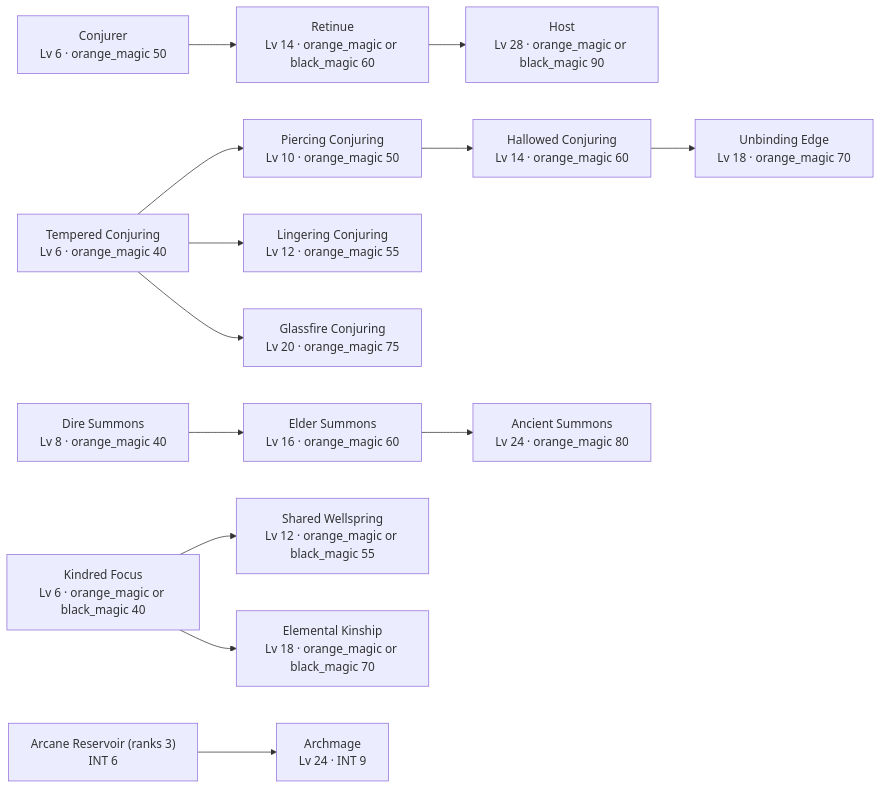
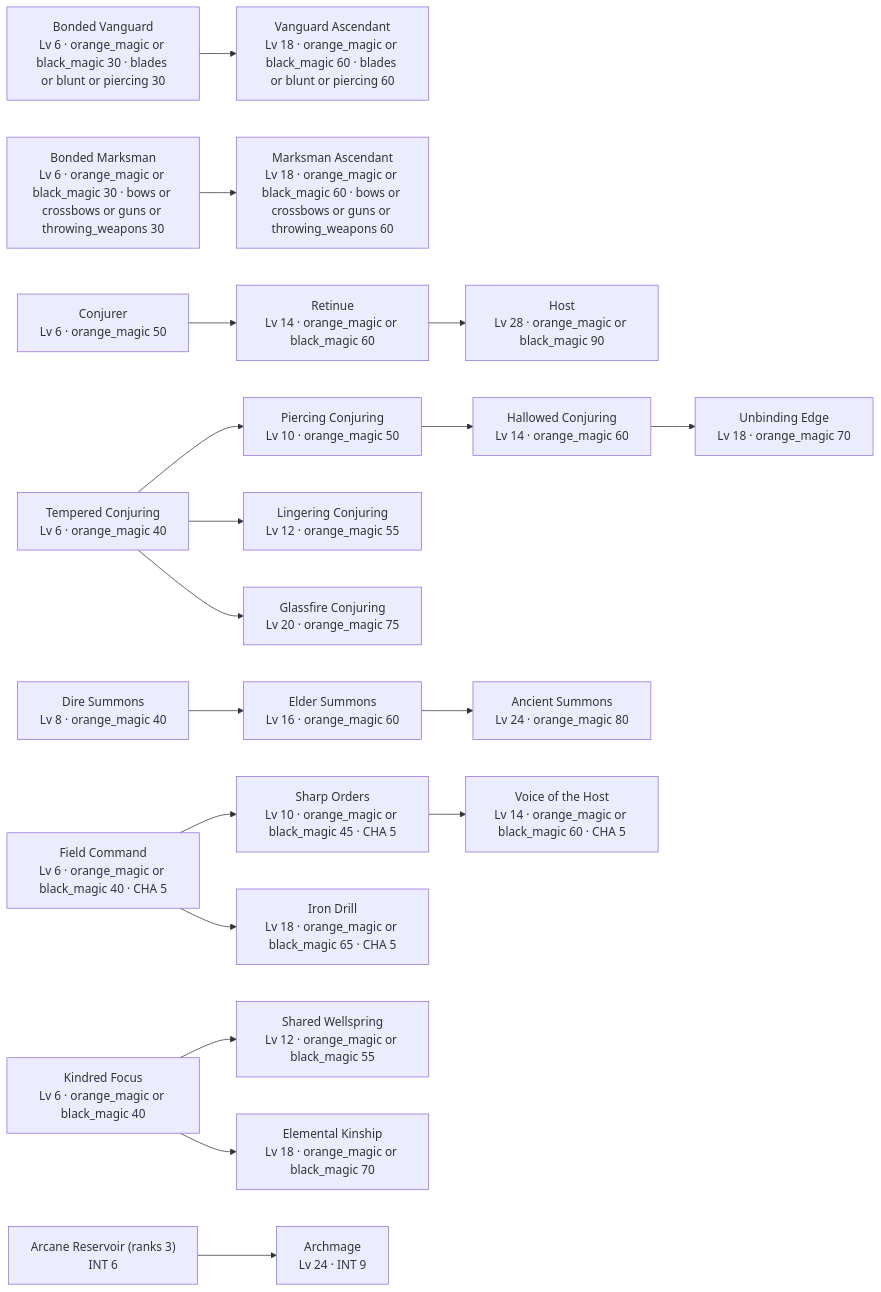
Before and after one commit to SETA1609/riftweave-core: the third of 5 diagrams in docs/core/perk-ladders.md, drawn with Mermaid. The commit also changed other lines of this file and 9 other files, not shown here.

````diff
--- a/docs/core/perk-ladders.md
+++ b/docs/core/perk-ladders.md
@@ -74,32 +74,45 @@
 ```mermaid
 graph LR
   arcane_reservoir["Arcane Reservoir (ranks 3)<br/>INT 6"]
   conjurer["Conjurer<br/>Lv 6 · orange_magic 50"]
   summon_retinue["Retinue<br/>Lv 14 · orange_magic or black_magic 60"]
+  bonded_vanguard["Bonded Vanguard<br/>Lv 6 · orange_magic or black_magic 30 · blades or blunt or piercing 30"]
+  bonded_marksman["Bonded Marksman<br/>Lv 6 · orange_magic or black_magic 30 · bows or crossbows or guns or throwing_weapons 30"]
+  vanguard_ascendant["Vanguard Ascendant<br/>Lv 18 · orange_magic or black_magic 60 · blades or blunt or piercing 60"]
+  marksman_ascendant["Marksman Ascendant<br/>Lv 18 · orange_magic or black_magic 60 · bows or crossbows or guns or throwing_weapons 60"]
   tempered_conjuring["Tempered Conjuring<br/>Lv 6 · orange_magic 40"]
   piercing_conjuring["Piercing Conjuring<br/>Lv 10 · orange_magic 50"]
   lingering_conjuring["Lingering Conjuring<br/>Lv 12 · orange_magic 55"]
   hallowed_conjuring["Hallowed Conjuring<br/>Lv 14 · orange_magic 60"]
   unbinding_edge["Unbinding Edge<br/>Lv 18 · orange_magic 70"]
   glassfire_conjuring["Glassfire Conjuring<br/>Lv 20 · orange_magic 75"]
   summon_host["Host<br/>Lv 28 · orange_magic or black_magic 90"]
   summon_dire["Dire Summons<br/>Lv 8 · orange_magic 40"]
   summon_elder["Elder Summons<br/>Lv 16 · orange_magic 60"]
   summon_ancient["Ancient Summons<br/>Lv 24 · orange_magic 80"]
+  field_command["Field Command<br/>Lv 6 · orange_magic or black_magic 40 · CHA 5"]
+  sharp_orders["Sharp Orders<br/>Lv 10 · orange_magic or black_magic 45 · CHA 5"]
+  voice_of_the_host["Voice of the Host<br/>Lv 14 · orange_magic or black_magic 60 · CHA 5"]
+  iron_drill["Iron Drill<br/>Lv 18 · orange_magic or black_magic 65 · CHA 5"]
   kindred_focus["Kindred Focus<br/>Lv 6 · orange_magic or black_magic 40"]
   shared_wellspring["Shared Wellspring<br/>Lv 12 · orange_magic or black_magic 55"]
   elemental_kinship["Elemental Kinship<br/>Lv 18 · orange_magic or black_magic 70"]
   archmage["Archmage<br/>Lv 24 · INT 9"]
   conjurer --> summon_retinue
+  bonded_vanguard --> vanguard_ascendant
+  bonded_marksman --> marksman_ascendant
   tempered_conjuring --> piercing_conjuring
   tempered_conjuring --> lingering_conjuring
   piercing_conjuring --> hallowed_conjuring
   hallowed_conjuring --> unbinding_edge
   tempered_conjuring --> glassfire_conjuring
   summon_retinue --> summon_host
   summon_dire --> summon_elder
   summon_elder --> summon_ancient
+  field_command --> sharp_orders
+  sharp_orders --> voice_of_the_host
+  field_command --> iron_drill
   kindred_focus --> shared_wellspring
   kindred_focus --> elemental_kinship
   arcane_reservoir --> archmage
 ```
````
